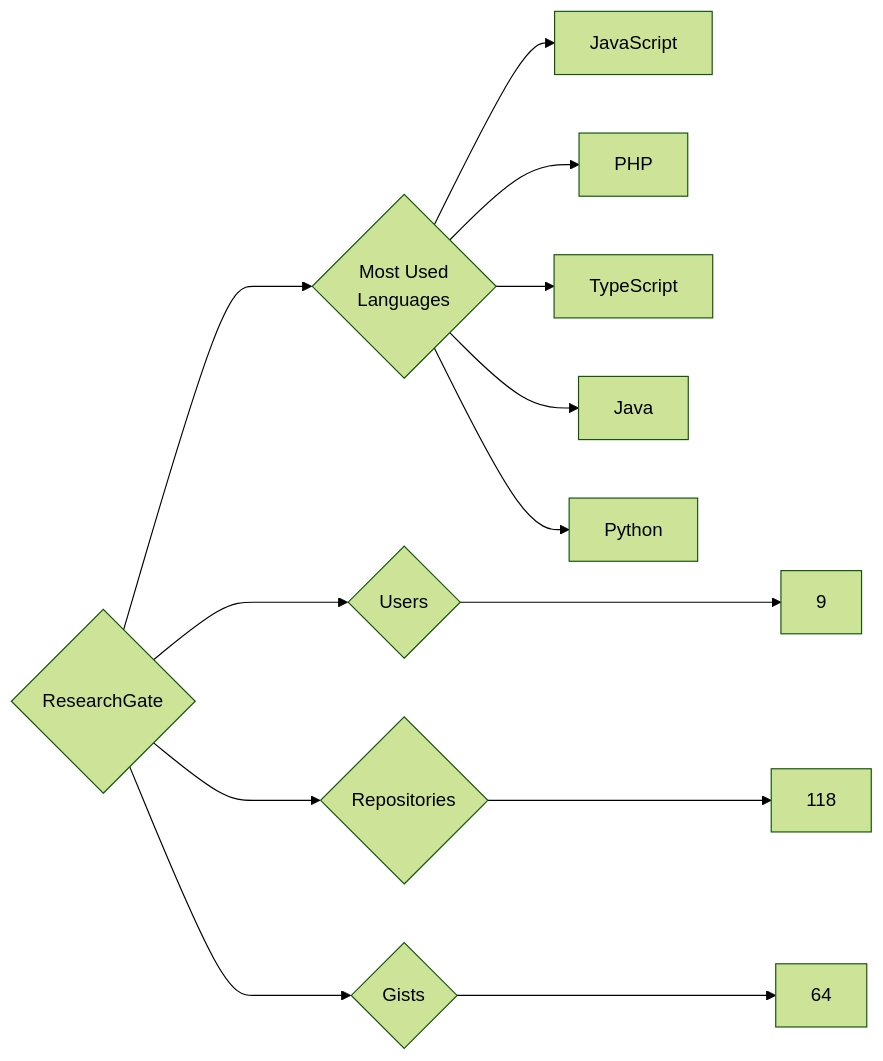
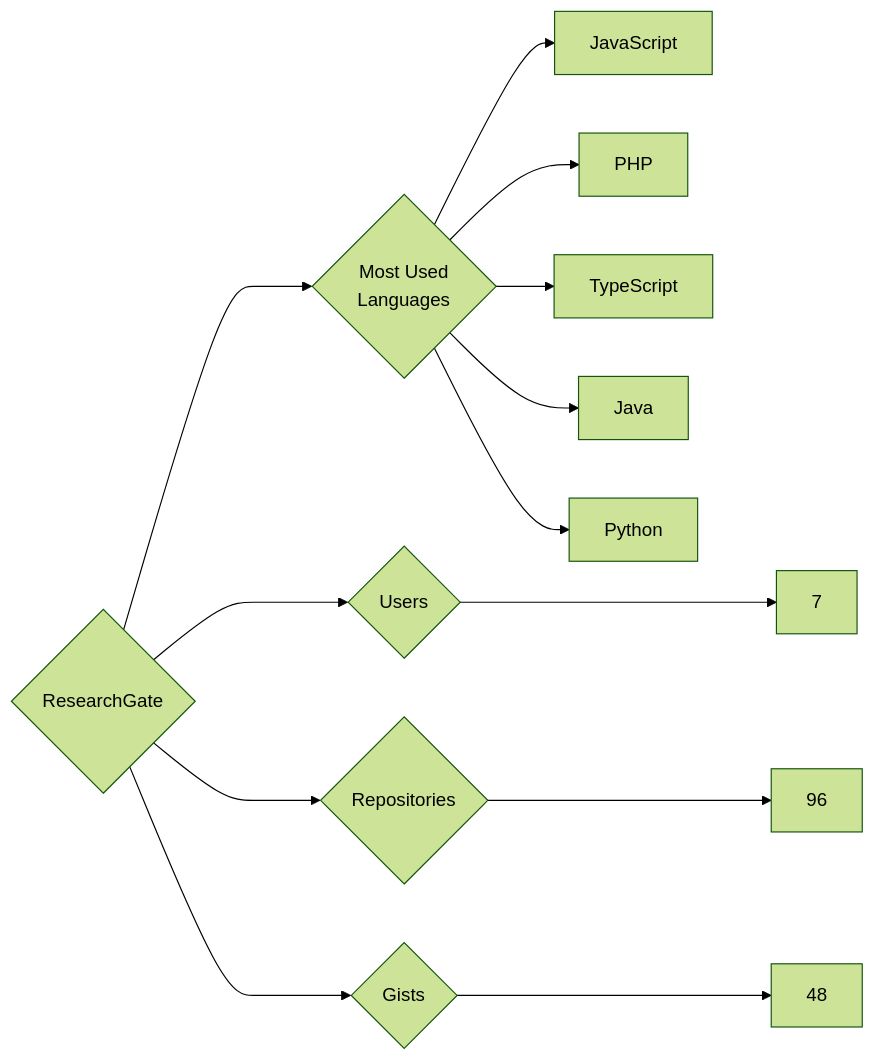
One commit to trickest/insiders changed the diagram in targets/ResearchGate/README.md. Above: the diagram before and after it, drawn with Mermaid (forest theme). The commit also changed 972 other files, not shown here.

````diff
--- a/targets/ResearchGate/README.md
+++ b/targets/ResearchGate/README.md
@@ -3,13 +3,13 @@
 ```mermaid
 graph LR
 COMPANY_NAME{ResearchGate}
-COMPANY_NAME ---> U{Users} ---> UN[9]
-COMPANY_NAME ---> R{Repositories} ---> RN[118]
-COMPANY_NAME ---> G{Gists} ---> GN[64]
+COMPANY_NAME ---> U{Users} ---> UN[7]
+COMPANY_NAME ---> R{Repositories} ---> RN[96]
+COMPANY_NAME ---> G{Gists} ---> GN[48]
 COMPANY_NAME ---> ML{Most Used<br>Languages}
 ML --> JavaScript[JavaScript]
 ML --> PHP[PHP]
 ML --> TypeScript[TypeScript]
 ML --> Java[Java]
 ML --> Python[Python]
 ```
````
